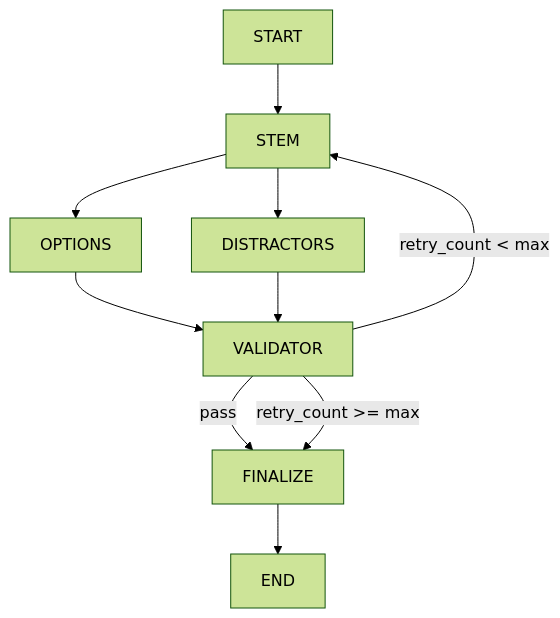
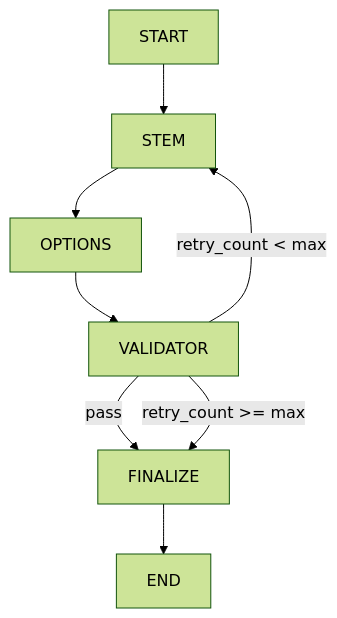
One commit to Krishnapthm/otis changed the second of 2 diagrams in src/agents/CHAT_AGENT_FLOW.md. Above: the diagram before and after it, drawn with Mermaid (forest theme). The commit also changed other lines of this file and 16 other files, not shown here.

````diff
--- a/src/agents/CHAT_AGENT_FLOW.md
+++ b/src/agents/CHAT_AGENT_FLOW.md
@@ -39,12 +39,10 @@
 ```mermaid
 flowchart TD
         START --> STEM
         STEM --> OPTIONS
-        STEM --> DISTRACTORS
         OPTIONS --> VALIDATOR
-        DISTRACTORS --> VALIDATOR
         VALIDATOR -->|pass| FINALIZE
         VALIDATOR -->|retry_count < max| STEM
         VALIDATOR -->|retry_count >= max| FINALIZE
         FINALIZE --> END
 ```
````
